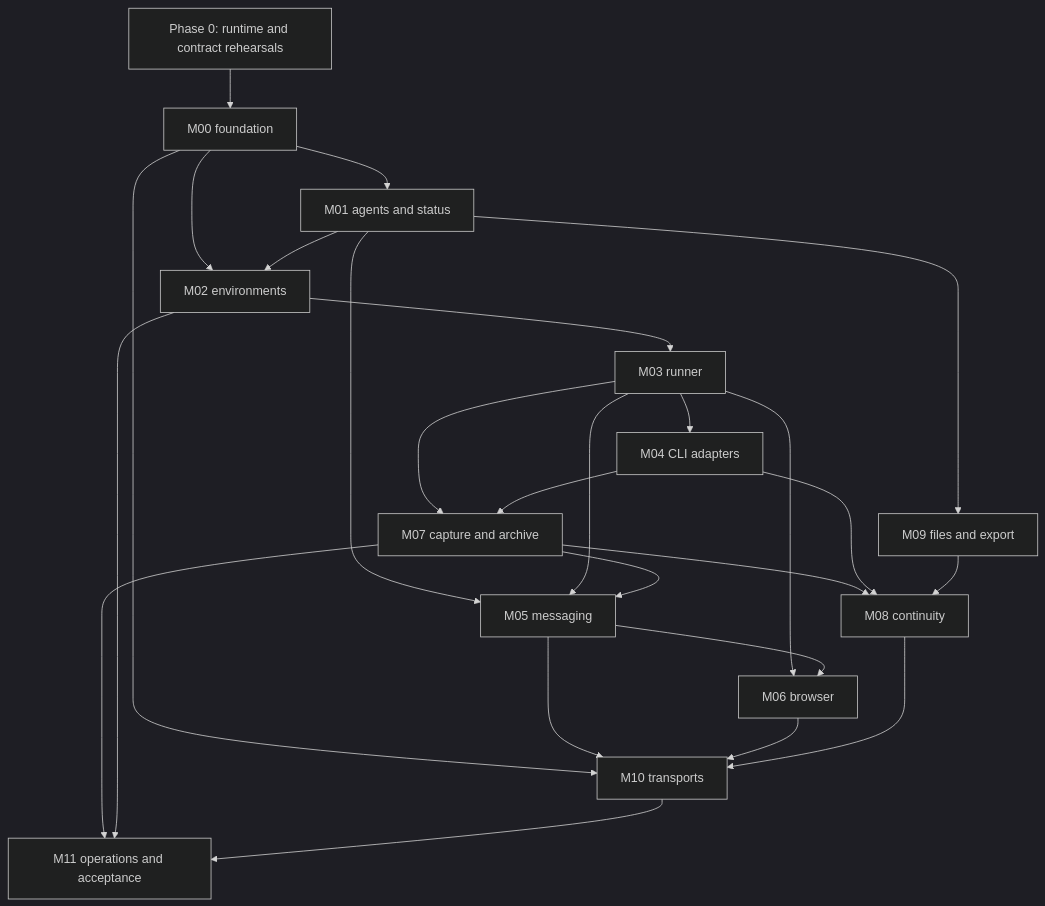
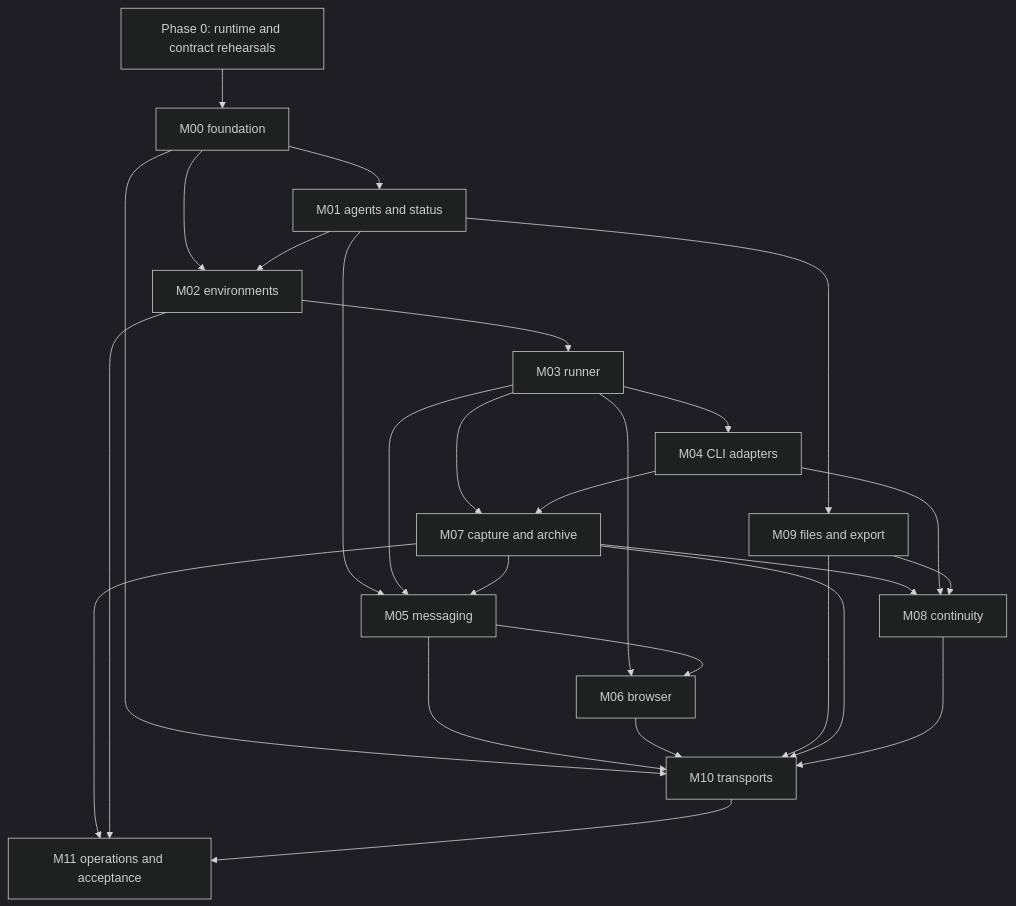
The diagram in ui/docs/IMPLEMENTATION-PLAN.md (49-Agents/qorqbot), drawn with Mermaid (dark theme) before and after one commit. The commit also changed other lines of this file and 18 other files, not shown here.

````diff
--- a/ui/docs/IMPLEMENTATION-PLAN.md
+++ b/ui/docs/IMPLEMENTATION-PLAN.md
@@ -75,27 +77,29 @@
 ```mermaid
 flowchart TD
     P0[Phase 0: runtime and contract rehearsals] --> M00[M00 foundation]
     M00 --> M01[M01 agents and status]
     M00 --> M02[M02 environments]
     M01 --> M02
     M02 --> M03[M03 runner]
     M03 --> M04[M04 CLI adapters]
     M03 --> M06[M06 browser]
     M03 --> M07[M07 capture and archive]
     M04 --> M07
     M01 --> M05[M05 messaging]
     M03 --> M05
     M07 --> M05
     M05 --> M06
     M07 --> M08[M08 continuity]
     M04 --> M08
     M01 --> M09[M09 files and export]
     M09 --> M08
     M00 --> M10[M10 transports]
     M05 --> M10
     M06 --> M10
+    M09 --> M10
+    M07 --> M10
     M08 --> M10
     M07 --> M11[M11 operations and acceptance]
     M02 --> M11
     M10 --> M11
 ```
````
